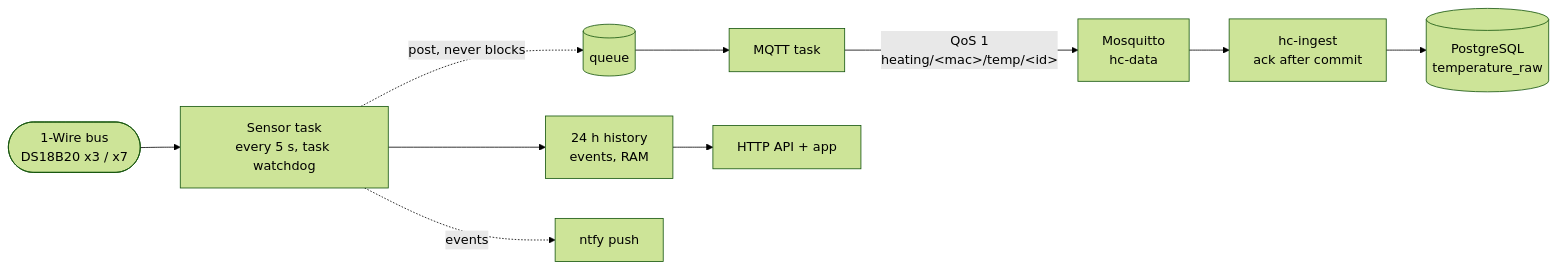
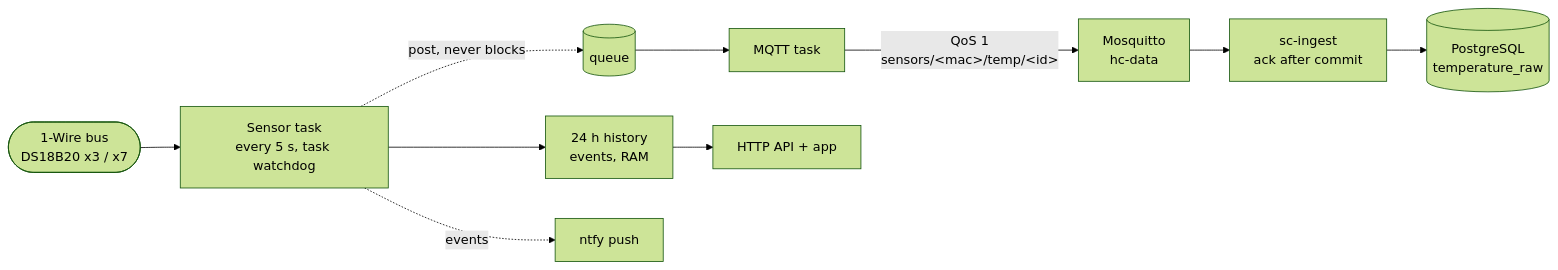
Before and after one commit to tomekceszke/heating-controller: the diagram in README.md, drawn with Mermaid (forest theme). The commit also changed other lines of this file and 26 other files, not shown here.

````diff
--- a/README.md
+++ b/README.md
@@ -53,10 +57,10 @@
 ```mermaid
 flowchart LR
     bus([1-Wire bus<br/>DS18B20 x3 / x7]) --> task[Sensor task<br/>every 5 s, task watchdog]
     task -. post, never blocks .-> q[(queue)]
-    q --> mqtt[MQTT task] -- "QoS 1<br/>heating/&lt;mac&gt;/temp/&lt;id&gt;" --> broker[Mosquitto<br/>hc-data]
-    broker --> ingest[hc-ingest<br/>ack after commit] --> pg[(PostgreSQL<br/>temperature_raw)]
+    q --> mqtt[MQTT task] -- "QoS 1<br/>sensors/&lt;mac&gt;/temp/&lt;id&gt;" --> broker[Mosquitto<br/>hc-data]
+    broker --> ingest[sc-ingest<br/>ack after commit] --> pg[(PostgreSQL<br/>temperature_raw)]
     task --> ram[24 h history<br/>events, RAM]
     ram --> api[HTTP API + app]
     task -. events .-> ntfy[ntfy push]
 ```
````
